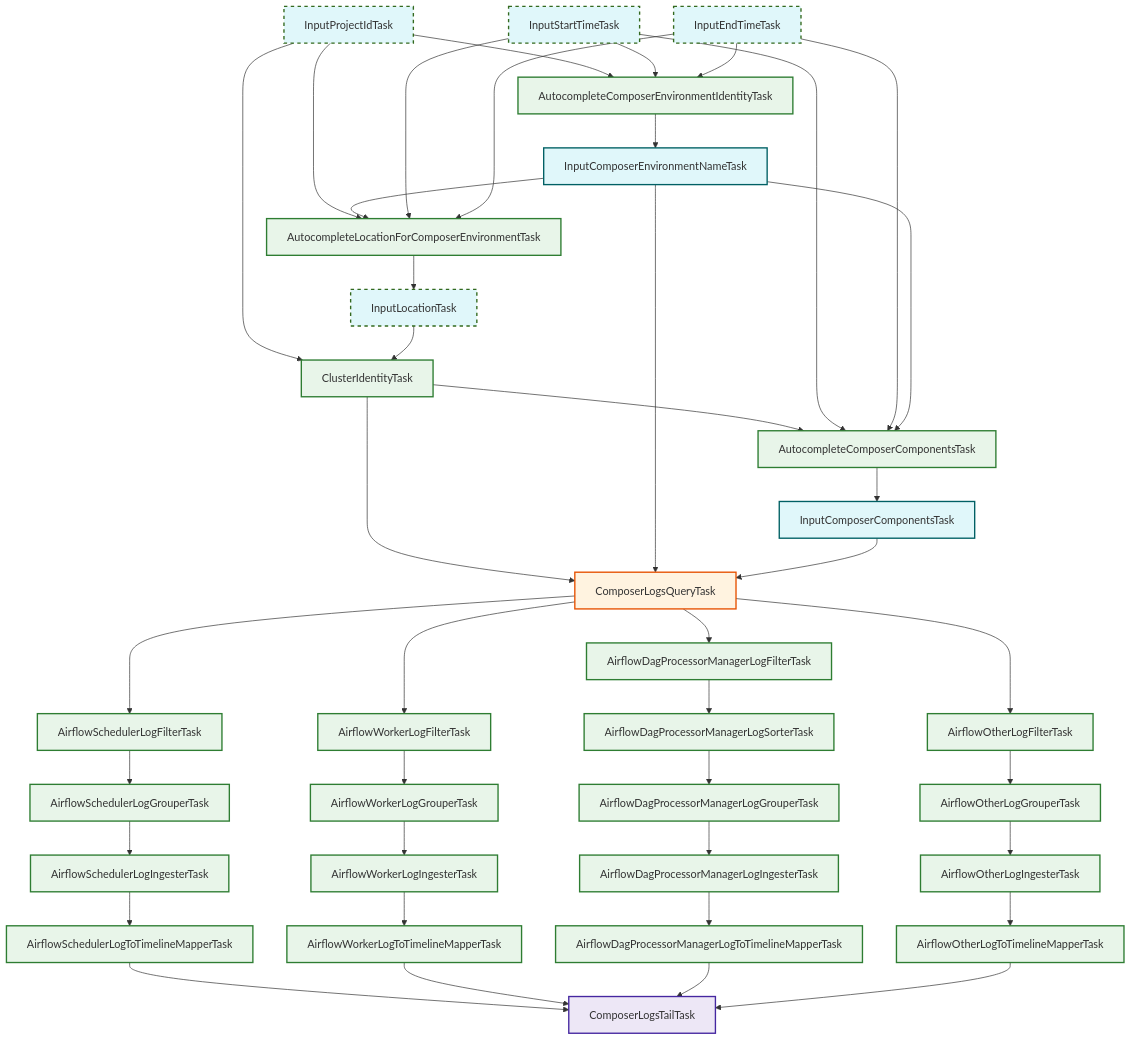
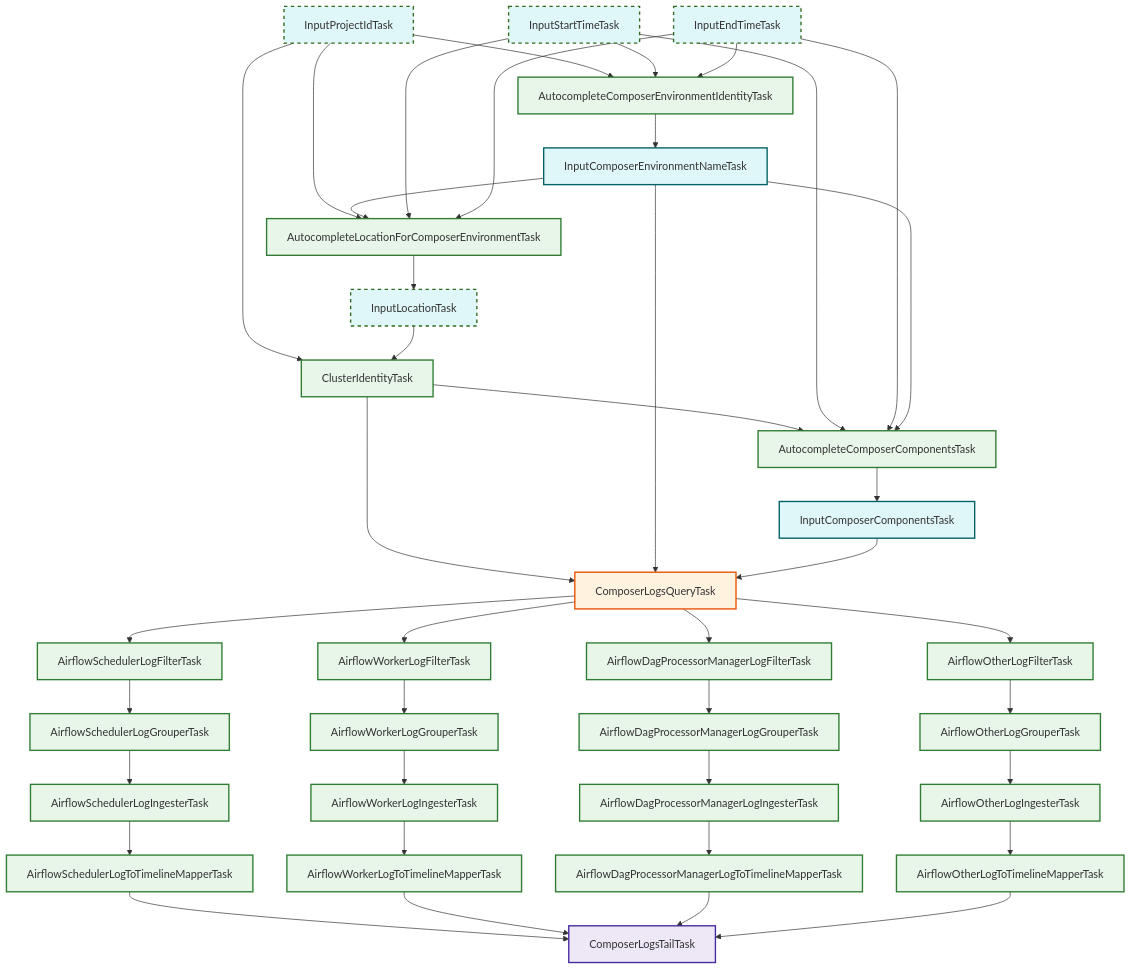
One commit to kyasbal/khi changed the diagram in pkg/task/inspection/googlecloudclustercomposer/README.md. Above: the diagram before and after it, drawn with Mermaid. The commit also changed other lines of this file and 11 other files, not shown here.

First line of the commit message:
refactor(inspection): remove redundant LogSorterTask and NewLogSorterByTimeTask (#988)

```diff
--- a/pkg/task/inspection/googlecloudclustercomposer/README.md
+++ b/pkg/task/inspection/googlecloudclustercomposer/README.md
@@ -114,8 +114,7 @@
     WorkIngester --> WorkMapper[AirflowWorkerLogToTimelineMapperTask]:::pipeline
 
     LogQuery --> DpmFilter[AirflowDagProcessorManagerLogFilterTask]:::pipeline
-    DpmFilter --> DpmSorter[AirflowDagProcessorManagerLogSorterTask]:::pipeline
-    DpmSorter --> DpmGrouper[AirflowDagProcessorManagerLogGrouperTask]:::pipeline
+    DpmFilter --> DpmGrouper[AirflowDagProcessorManagerLogGrouperTask]:::pipeline
     DpmGrouper --> DpmIngester[AirflowDagProcessorManagerLogIngesterTask]:::pipeline
     DpmIngester --> DpmMapper[AirflowDagProcessorManagerLogToTimelineMapperTask]:::pipeline
 
```
